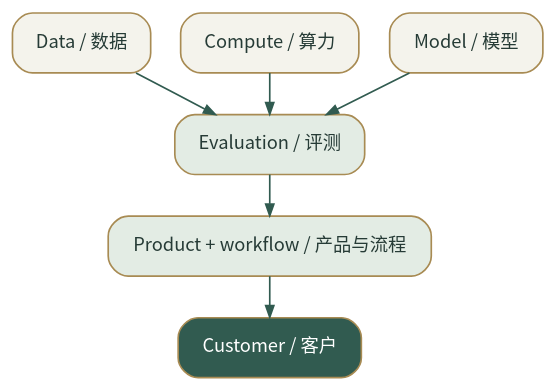
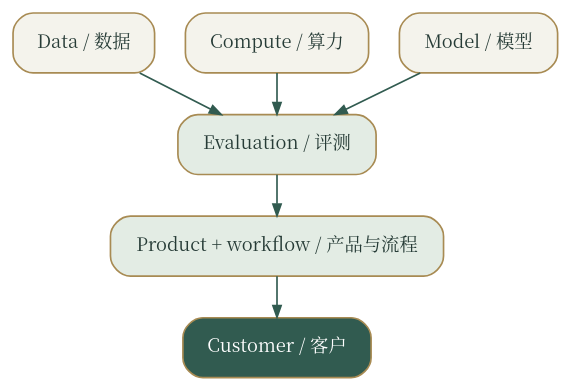
One commit to insanai/shaiecosystem changed the diagram in docs/figures/ai-stack.dot. Above: the diagram before and after it, drawn with Graphviz. The commit also changed 4 other files, not shown here.

Commit message:
build: use bundled CJK fonts for diagrams and books

```diff
--- a/docs/figures/ai-stack.dot
+++ b/docs/figures/ai-stack.dot
@@ -1,12 +1,12 @@
 digraph AI {
  graph [rankdir=TB,bgcolor="transparent",pad="0.3",nodesep="0.25",ranksep="0.35"];
- node [shape=box,style="rounded,filled",fillcolor="#f4f3ec",color="#a88b53",fontcolor="#263b36",fontname="Noto Sans CJK SC",fontsize=11,margin="0.2,0.12"];
+ node [shape=box,style="rounded,filled",fillcolor="#f4f3ec",color="#a88b53",fontcolor="#263b36",fontname="Noto Serif CJK SC",fontsize=11,margin="0.2,0.12"];
  edge [color="#315b50",arrowsize=0.7];
  data [label="Data / 数据"]; compute [label="Compute / 算力"]; model [label="Model / 模型"];
  evaluation [label="Evaluation / 评测",fillcolor="#e3ece4"];
  product [label="Product + workflow / 产品与流程",fillcolor="#e3ece4"];
  customer [label="Customer / 客户",fillcolor="#315b50",fontcolor="#ffffff"];
  {rank=same;data;compute;model;}
  data -> evaluation;compute -> evaluation;model -> evaluation;
  evaluation -> product -> customer;
 }
```
